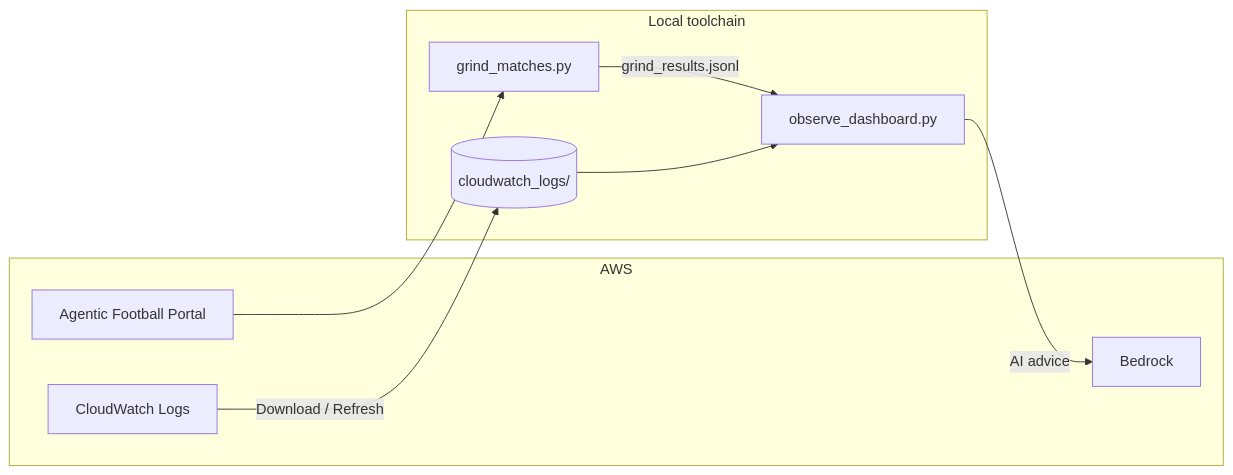
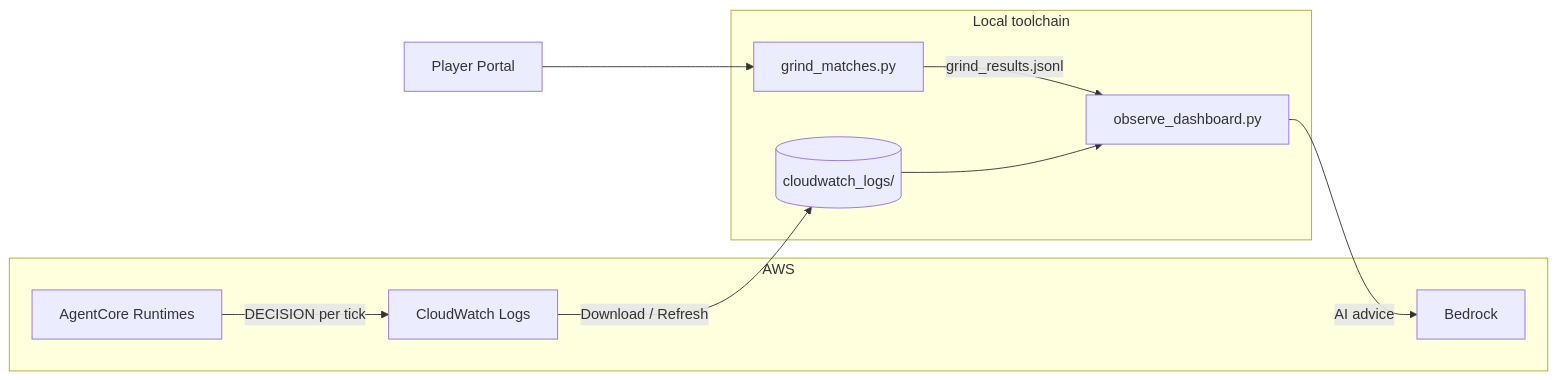
Before and after one commit to peterpanstechland/peterpanstechland.github.io: the second of 2 diagrams in docs/workshops/2026/agentic-football-cup-pre-test.md, drawn with Mermaid. The commit also changed other lines of this file and 1 other file, not shown here.

````diff
--- a/docs/workshops/2026/agentic-football-cup-pre-test.md
+++ b/docs/workshops/2026/agentic-football-cup-pre-test.md
@@ -96,18 +134,20 @@
 ```mermaid
 flowchart LR
   subgraph AWS
-    Portal[Agentic Football Portal]
+    AC[AgentCore Runtimes]
     CW[CloudWatch Logs]
     BR[Bedrock]
   end
   subgraph Local["Local toolchain"]
     Grind[grind_matches.py]
     Dash[observe_dashboard.py]
     Store[(cloudwatch_logs/)]
   end
+  Portal[Player Portal]
+  AC -->|DECISION per tick| CW
   Portal --> Grind
   Grind -->|grind_results.jsonl| Dash
   CW -->|Download / Refresh| Store
   Store --> Dash
   Dash -->|AI advice| BR
 ```
````
